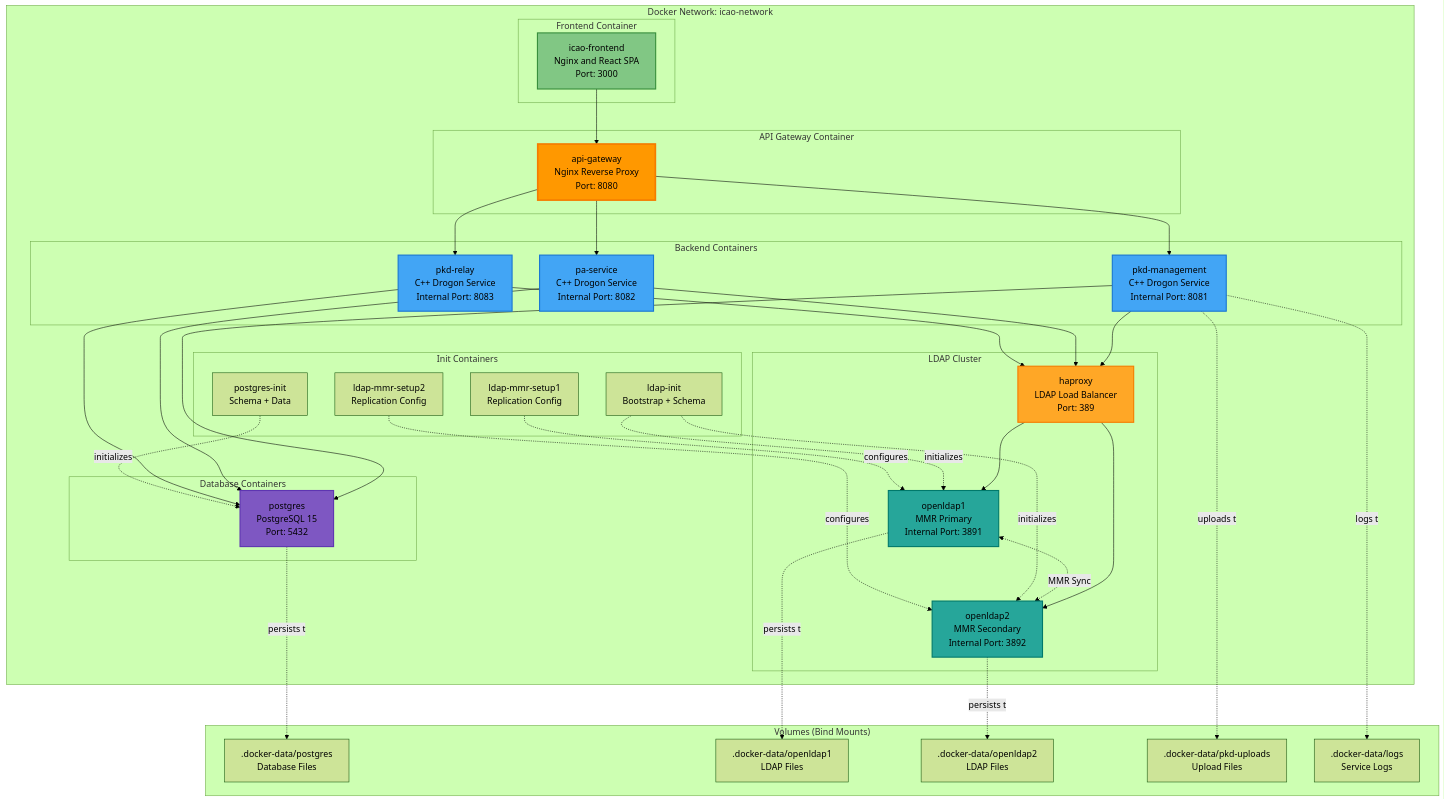
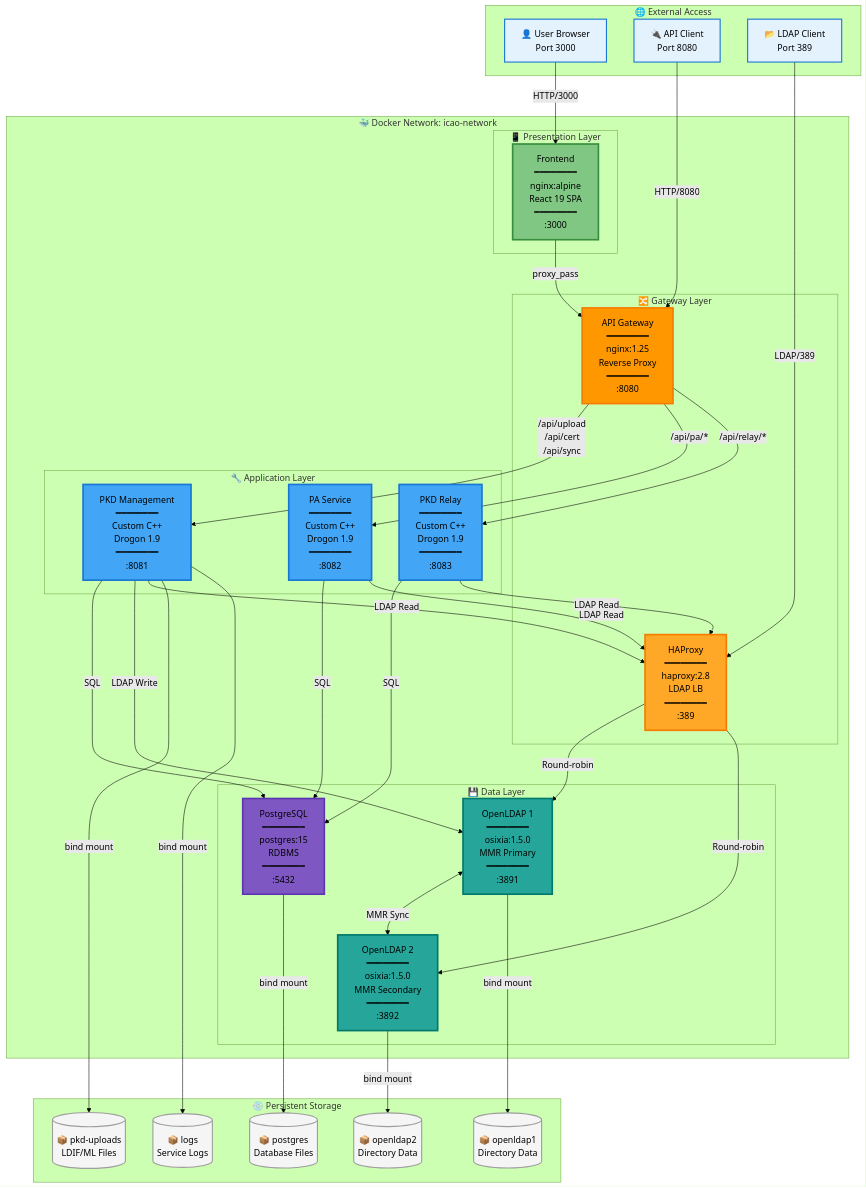
Before and after one commit to iland112/icao-local-pkd-cpp: diagram 13 of 16 in docs/SOFTWARE_ARCHITECTURE.md, drawn with Mermaid (forest theme). The commit also changed other lines of this file, not shown here.

Commit message:
docs: Improve Docker Compose Architecture diagram clarity
- Restructure diagram with clear 4-layer architecture
- Add External Access layer (User, API Client, LDAP Client)
- Separate Gateway Layer (API Gateway + HAProxy)
- Add visual separators (━━━━━━━━) for better readability
- Add cylinder icons for persistent storage volumes
- Add detailed edge labels (HTTP/3000, SQL, LDAP Write/Read, etc.)
- Improve color scheme with distinct layer colors
- Add Architecture Highlights section with 5 key points
- Remove init containers for cleaner diagram
- Focus on runtime architecture only

````diff
--- a/docs/SOFTWARE_ARCHITECTURE.md
+++ b/docs/SOFTWARE_ARCHITECTURE.md
@@ -971,83 +971,104 @@
 ```mermaid
 graph TB
-    subgraph "Docker Network: icao-network"
-        subgraph "Frontend Container"
-            Frontend[icao-frontend<br/>Nginx and React SPA<br/>Port: 3000]
+    subgraph External["🌐 External Access"]
+        User["👤 User Browser<br/>Port 3000"]
+        APIClient["🔌 API Client<br/>Port 8080"]
+        LDAPClient["📂 LDAP Client<br/>Port 389"]
+    end
+
+    subgraph DockerNetwork["🐳 Docker Network: icao-network"]
+        subgraph Presentation["📱 Presentation Layer"]
+            Frontend["Frontend<br/>━━━━━━━━<br/>nginx:alpine<br/>React 19 SPA<br/>━━━━━━━━<br/>:3000"]
         end
 
-        subgraph "API Gateway Container"
-            APIGateway[api-gateway<br/>Nginx Reverse Proxy<br/>Port: 8080]
+        subgraph Gateway["🔀 Gateway Layer"]
+            APIGateway["API Gateway<br/>━━━━━━━━<br/>nginx:1.25<br/>Reverse Proxy<br/>━━━━━━━━<br/>:8080"]
+            HAProxy["HAProxy<br/>━━━━━━━━<br/>haproxy:2.8<br/>LDAP LB<br/>━━━━━━━━<br/>:389"]
         end
 
-        subgraph "Backend Containers"
-            PKD[pkd-management<br/>C++ Drogon Service<br/>Internal Port: 8081]
-            PA[pa-service<br/>C++ Drogon Service<br/>Internal Port: 8082]
-            Relay[pkd-relay<br/>C++ Drogon Service<br/>Internal Port: 8083]
+        subgraph Application["🔧 Application Layer"]
+            PKD["PKD Management<br/>━━━━━━━━<br/>Custom C++<br/>Drogon 1.9<br/>━━━━━━━━<br/>:8081"]
+            PA["PA Service<br/>━━━━━━━━<br/>Custom C++<br/>Drogon 1.9<br/>━━━━━━━━<br/>:8082"]
+            Relay["PKD Relay<br/>━━━━━━━━<br/>Custom C++<br/>Drogon 1.9<br/>━━━━━━━━<br/>:8083"]
         end
 
-        subgraph "Database Containers"
-            PG[postgres<br/>PostgreSQL 15<br/>Port: 5432]
-        end
-
-        subgraph "LDAP Cluster"
-            LDAP1[openldap1<br/>MMR Primary<br/>Internal Port: 3891]
-            LDAP2[openldap2<br/>MMR Secondary<br/>Internal Port: 3892]
-            HAProxy[haproxy<br/>LDAP Load Balancer<br/>Port: 389]
-        end
-
-        subgraph "Init Containers"
-            PGInit[postgres-init<br/>Schema + Data]
-            LDAPInit[ldap-init<br/>Bootstrap + Schema]
-            MMRSetup1[ldap-mmr-setup1<br/>Replication Config]
-            MMRSetup2[ldap-mmr-setup2<br/>Replication Config]
+        subgraph DataLayer["💾 Data Layer"]
+            PG["PostgreSQL<br/>━━━━━━━━<br/>postgres:15<br/>RDBMS<br/>━━━━━━━━<br/>:5432"]
+            LDAP1["OpenLDAP 1<br/>━━━━━━━━<br/>osixia:1.5.0<br/>MMR Primary<br/>━━━━━━━━<br/>:3891"]
+            LDAP2["OpenLDAP 2<br/>━━━━━━━━<br/>osixia:1.5.0<br/>MMR Secondary<br/>━━━━━━━━<br/>:3892"]
         end
     end
 
-    subgraph "Volumes (Bind Mounts)"
-        PGData[.docker-data/postgres<br/>Database Files]
-        LDAPData1[.docker-data/openldap1<br/>LDAP Files]
-        LDAPData2[.docker-data/openldap2<br/>LDAP Files]
-        Uploads[.docker-data/pkd-uploads<br/>Upload Files]
-        Logs[.docker-data/logs<br/>Service Logs]
+    subgraph Storage["💿 Persistent Storage"]
+        PGData[("📦 postgres<br/>Database Files")]
+        LDAP1Data[("📦 openldap1<br/>Directory Data")]
+        LDAP2Data[("📦 openldap2<br/>Directory Data")]
+        UploadData[("📦 pkd-uploads<br/>LDIF/ML Files")]
+        LogData[("📦 logs<br/>Service Logs")]
     end
 
-    Frontend --> APIGateway
-    APIGateway --> PKD
-    APIGateway --> PA
-    APIGateway --> Relay
+    %% External to Docker Network
+    User -->|HTTP/3000| Frontend
+    APIClient -->|HTTP/8080| APIGateway
+    LDAPClient -->|LDAP/389| HAProxy
 
-    PKD --> PG
-    PA --> PG
-    Relay --> PG
+    %% Presentation to Gateway
+    Frontend -->|proxy_pass| APIGateway
 
-    PKD --> HAProxy
-    PA --> HAProxy
-    Relay --> HAProxy
+    %% Gateway to Application
+    APIGateway -->|/api/upload<br/>/api/cert<br/>/api/sync| PKD
+    APIGateway -->|/api/pa/*| PA
+    APIGateway -->|/api/relay/*| Relay
 
-    HAProxy --> LDAP1
-    HAProxy --> LDAP2
+    %% Application to Data Layer
+    PKD -->|SQL| PG
+    PA -->|SQL| PG
+    Relay -->|SQL| PG
 
-    LDAP1 <-.MMR Sync.-> LDAP2
+    PKD -->|LDAP Write| LDAP1
+    PKD -->|LDAP Read| HAProxy
+    PA -->|LDAP Read| HAProxy
+    Relay -->|LDAP Read| HAProxy
 
-    PG -.persists to.-> PGData
-    LDAP1 -.persists to.-> LDAPData1
-    LDAP2 -.persists to.-> LDAPData2
-    PKD -.uploads to.-> Uploads
-    PKD -.logs to.-> Logs
+    HAProxy -->|Round-robin| LDAP1
+    HAProxy -->|Round-robin| LDAP2
 
-    PGInit -.initializes.-> PG
-    LDAPInit -.initializes.-> LDAP1
-    LDAPInit -.initializes.-> LDAP2
-    MMRSetup1 -.configures.-> LDAP1
-    MMRSetup2 -.configures.-> LDAP2
+    %% Data Layer Replication
+    LDAP1 <-->|MMR Sync| LDAP2
 
-    style Frontend fill:#81C784,stroke:#388E3C,stroke-width:2px
+    %% Data Layer to Storage
+    PG -->|bind mount| PGData
+    LDAP1 -->|bind mount| LDAP1Data
+    LDAP2 -->|bind mount| LDAP2Data
+    PKD -->|bind mount| UploadData
+    PKD -->|bind mount| LogData
+
+    %% Styling - External
+    style User fill:#E3F2FD,stroke:#1976D2,stroke-width:2px
+    style APIClient fill:#E3F2FD,stroke:#1976D2,stroke-width:2px
+    style LDAPClient fill:#E3F2FD,stroke:#1976D2,stroke-width:2px
+
+    %% Styling - Presentation
+    style Frontend fill:#81C784,stroke:#388E3C,stroke-width:3px
+
+    %% Styling - Gateway
     style APIGateway fill:#FF9800,stroke:#F57C00,stroke-width:3px
-    style PKD fill:#42A5F5,stroke:#1976D2,stroke-width:2px
-    style PA fill:#42A5F5,stroke:#1976D2,stroke-width:2px
-    style Relay fill:#42A5F5,stroke:#1976D2,stroke-width:2px
-    style PG fill:#7E57C2,stroke:#5E35B1,stroke-width:2px
-    style LDAP1 fill:#26A69A,stroke:#00796B,stroke-width:2px
-    style LDAP2 fill:#26A69A,stroke:#00796B,stroke-width:2px
-    style HAProxy fill:#FFA726,stroke:#F57C00,stroke-width:2px
+    style HAProxy fill:#FFA726,stroke:#F57C00,stroke-width:3px
+
+    %% Styling - Application
+    style PKD fill:#42A5F5,stroke:#1976D2,stroke-width:3px
+    style PA fill:#42A5F5,stroke:#1976D2,stroke-width:3px
+    style Relay fill:#42A5F5,stroke:#1976D2,stroke-width:3px
+
+    %% Styling - Data Layer
+    style PG fill:#7E57C2,stroke:#5E35B1,stroke-width:3px
+    style LDAP1 fill:#26A69A,stroke:#00796B,stroke-width:3px
+    style LDAP2 fill:#26A69A,stroke:#00796B,stroke-width:3px
+
+    %% Styling - Storage
+    style PGData fill:#F5F5F5,stroke:#9E9E9E,stroke-width:2px
+    style LDAP1Data fill:#F5F5F5,stroke:#9E9E9E,stroke-width:2px
+    style LDAP2Data fill:#F5F5F5,stroke:#9E9E9E,stroke-width:2px
+    style UploadData fill:#F5F5F5,stroke:#9E9E9E,stroke-width:2px
+    style LogData fill:#F5F5F5,stroke:#9E9E9E,stroke-width:2px
 ```
````
